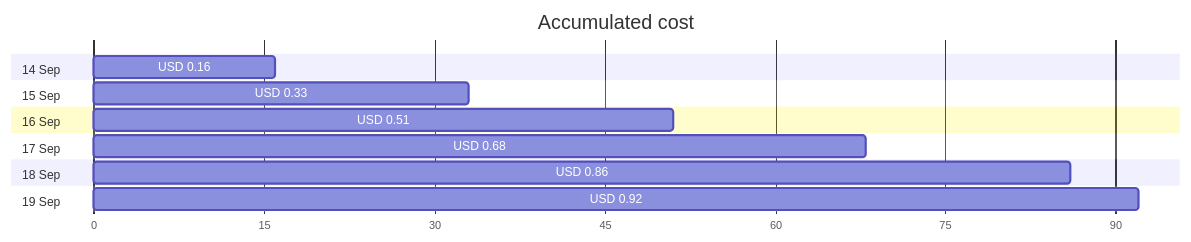
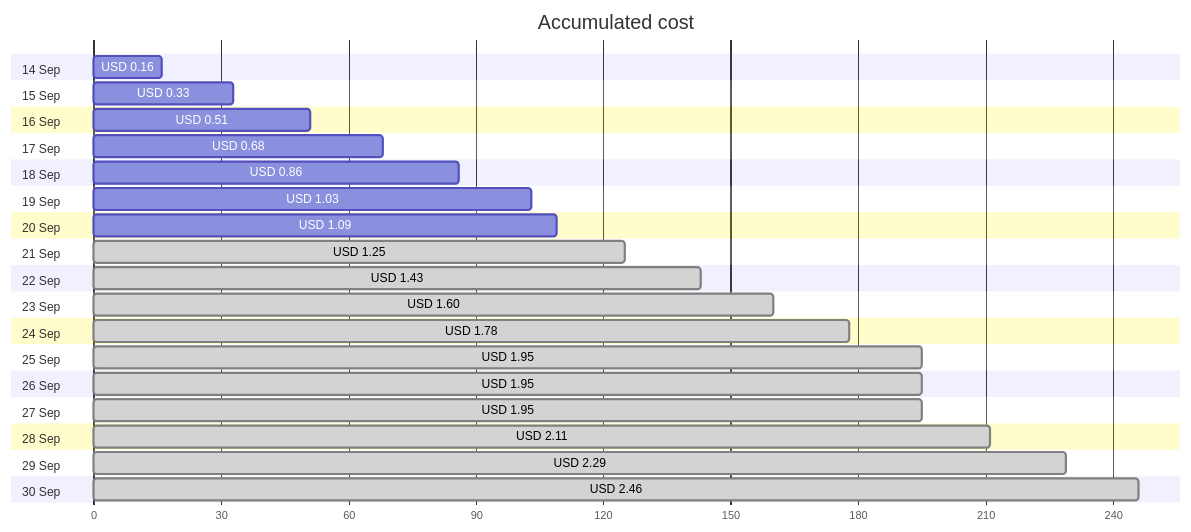
One commit to jpfulton/azure-personal-reports changed the first of 4 diagrams in cost-reports/personal-network/backup-server.md. Above: the diagram before and after it, drawn with Mermaid. The commit also changed other lines of this file and 18 other files, not shown here.

````diff
--- a/cost-reports/personal-network/backup-server.md
+++ b/cost-reports/personal-network/backup-server.md
@@ -20,18 +20,40 @@
 ```mermaid
 gantt
    title Accumulated cost
    dateFormat  X
    axisFormat %s
    section 14 Sep
    USD 0.16 :0, 16
    section 15 Sep
    USD 0.33 :0, 33
    section 16 Sep
    USD 0.51 :0, 51
    section 17 Sep
    USD 0.68 :0, 68
    section 18 Sep
    USD 0.86 :0, 86
    section 19 Sep
-   USD 0.92 :0, 92
+   USD 1.03 :0, 103
+   section 20 Sep
+   USD 1.09 :0, 109
+   section 21 Sep
+   USD 1.25 : done, 0, 125
+   section 22 Sep
+   USD 1.43 : done, 0, 143
+   section 23 Sep
+   USD 1.60 : done, 0, 160
+   section 24 Sep
+   USD 1.78 : done, 0, 178
+   section 25 Sep
+   USD 1.95 : done, 0, 195
+   section 26 Sep
+   USD 1.95 : done, 0, 195
+   section 27 Sep
+   USD 1.95 : done, 0, 195
+   section 28 Sep
+   USD 2.11 : done, 0, 211
+   section 29 Sep
+   USD 2.29 : done, 0, 229
+   section 30 Sep
+   USD 2.46 : done, 0, 246
 ```
````
